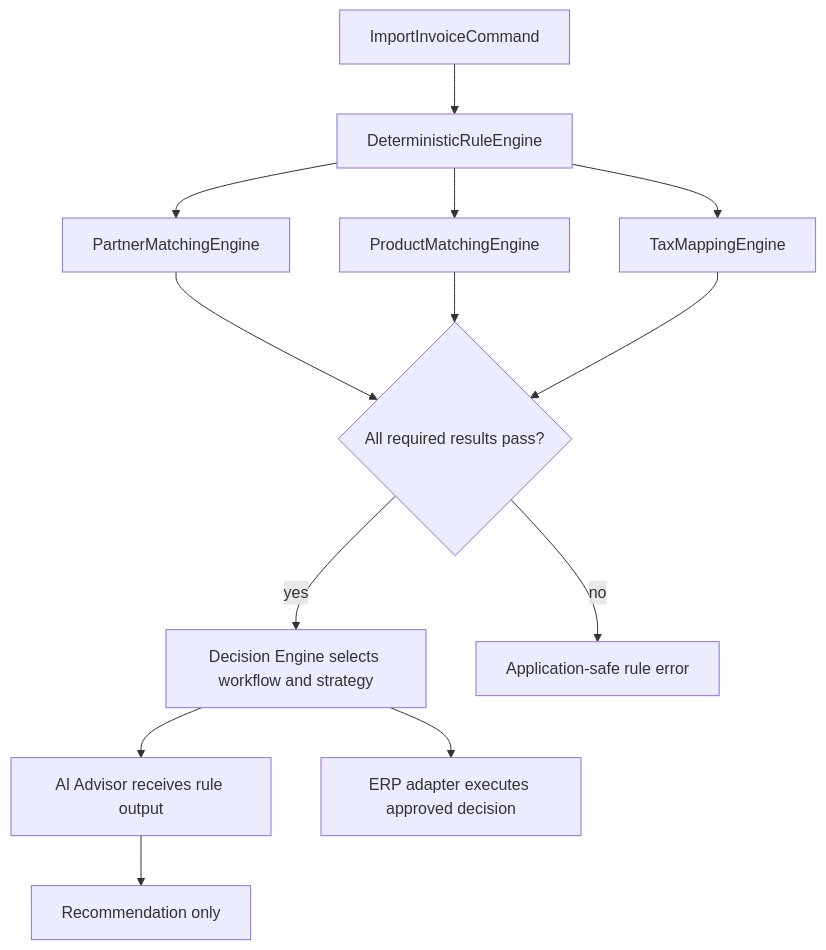
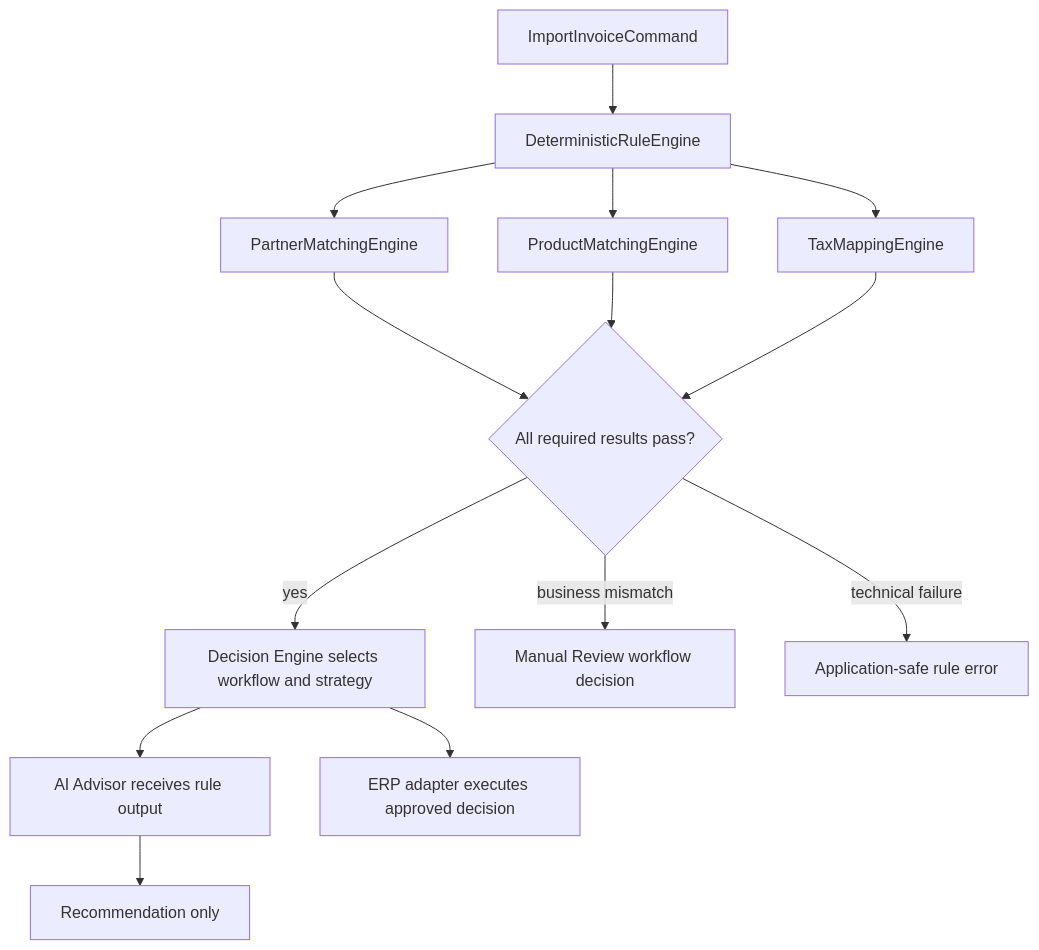
The first of 2 diagrams in docs/RULE_ENGINE.md (odurmazoglu/ict-integration-hub), drawn with Mermaid before and after one commit. The commit also changed other lines of this file and 25 other files, not shown here.

Commit message:
feat: add manual review workflow foundation

````diff
--- a/docs/RULE_ENGINE.md
+++ b/docs/RULE_ENGINE.md
@@ -81,15 +109,16 @@
 ```mermaid
 flowchart TB
     Input[ImportInvoiceCommand] --> Rules[DeterministicRuleEngine]
     Rules --> Partner[PartnerMatchingEngine]
     Rules --> Product[ProductMatchingEngine]
     Rules --> Tax[TaxMappingEngine]
     Partner --> Valid{All required results pass?}
     Product --> Valid
     Tax --> Valid
     Valid -->|yes| Decision[Decision Engine selects workflow and strategy]
-    Valid -->|no| Failure[Application-safe rule error]
+    Valid -->|business mismatch| ManualReview[Manual Review workflow decision]
+    Valid -->|technical failure| Failure[Application-safe rule error]
     Decision --> Advisor[AI Advisor receives rule output]
     Advisor --> Recommendation[Recommendation only]
     Decision --> Execution[ERP adapter executes approved decision]
 ```
````
